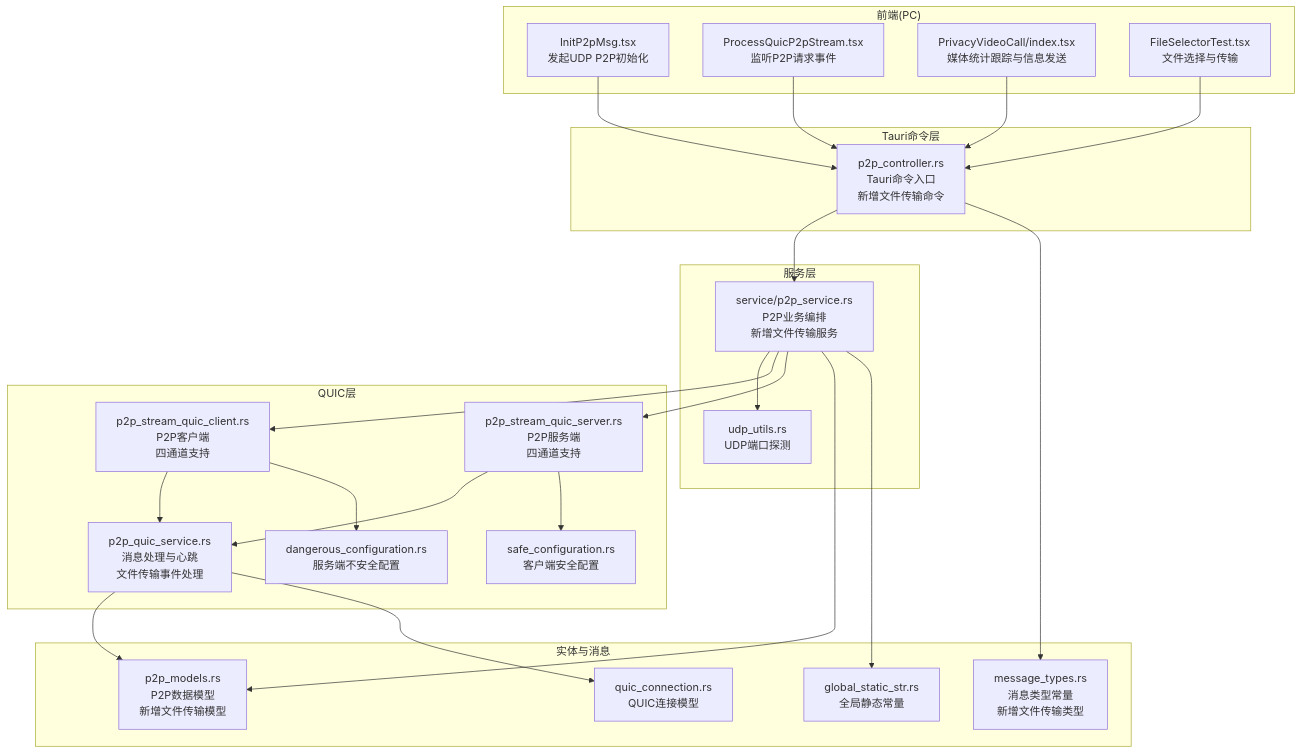
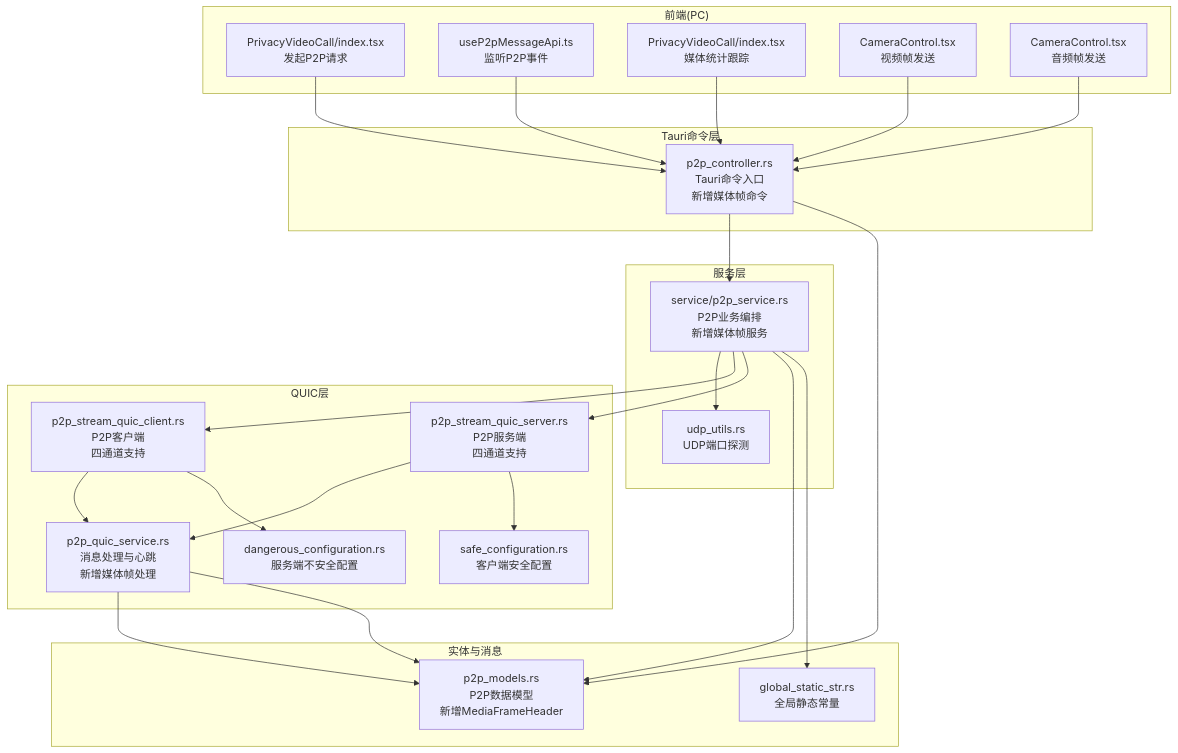
One commit to nicolastinger/only-talk-app changed the first of 17 diagrams in .qoder/repowiki/zh/content/后端服务/P2P服务.md. Above: the diagram before and after it, drawn with Mermaid. The commit also changed other lines of this file and 5 other files, not shown here.

````diff
--- a/.qoder/repowiki/zh/content/后端服务/P2P服务.md
+++ b/.qoder/repowiki/zh/content/后端服务/P2P服务.md
@@ -70,46 +58,46 @@
 ```mermaid
 graph TB
 subgraph "前端(PC)"
-FE_Init["InitP2pMsg.tsx<br/>发起UDP P2P初始化"]
-FE_Listen["ProcessQuicP2pStream.tsx<br/>监听P2P请求事件"]
-FE_MediaInfo["PrivacyVideoCall/index.tsx<br/>媒体统计跟踪与信息发送"]
-FE_FileSel["FileSelectorTest.tsx<br/>文件选择与传输"]
+FE_Init["PrivacyVideoCall/index.tsx<br/>发起P2P请求"]
+FE_Listen["useP2pMessageApi.ts<br/>监听P2P事件"]
+FE_MediaInfo["PrivacyVideoCall/index.tsx<br/>媒体统计跟踪"]
+FE_Video["CameraControl.tsx<br/>视频帧发送"]
+FE_Audio["CameraControl.tsx<br/>音频帧发送"]
 end
 subgraph "Tauri命令层"
-CMD["p2p_controller.rs<br/>Tauri命令入口<br/>新增文件传输命令"]
+CMD["p2p_controller.rs<br/>Tauri命令入口<br/>新增媒体帧命令"]
 end
 subgraph "服务层"
-SVC["service/p2p_service.rs<br/>P2P业务编排<br/>新增文件传输服务"]
+SVC["service/p2p_service.rs<br/>P2P业务编排<br/>新增媒体帧服务"]
 UDP["udp_utils.rs<br/>UDP端口探测"]
 end
 subgraph "QUIC层"
 CLI["p2p_stream_quic_client.rs<br/>P2P客户端<br/>四通道支持"]
 SRV["p2p_stream_quic_server.rs<br/>P2P服务端<br/>四通道支持"]
-CORE["p2p_quic_service.rs<br/>消息处理与心跳<br/>文件传输事件处理"]
+CORE["p2p_quic_service.rs<br/>消息处理与心跳<br/>新增媒体帧处理"]
 CFG_D["dangerous_configuration.rs<br/>服务端不安全配置"]
 CFG_S["safe_configuration.rs<br/>客户端安全配置"]
 end
 subgraph "实体与消息"
-MODELS["p2p_models.rs<br/>P2P数据模型<br/>新增文件传输模型"]
-TYPES["message_types.rs<br/>消息类型常量<br/>新增文件传输类型"]
-QCONN["quic_connection.rs<br/>QUIC连接模型"]
+MODELS["p2p_models.rs<br/>P2P数据模型<br/>新增MediaFrameHeader"]
 GLOB["global_static_str.rs<br/>全局静态常量"]
 end
 FE_Init --> CMD
 FE_Listen --> CMD
 FE_MediaInfo --> CMD
-FE_FileSel --> CMD
+FE_Video --> CMD
+FE_Audio --> CMD
 CMD --> SVC
 SVC --> UDP
 SVC --> CLI
 SVC --> SRV
 CLI --> CORE
 SRV --> CORE
 CORE --> MODELS
 SVC --> MODELS
-CMD --> TYPES
+CMD --> MODELS
 CLI --> CFG_D
 SRV --> CFG_S
-CORE --> QCONN
+CORE --> MODELS
 SVC --> GLOB
 ```
````
